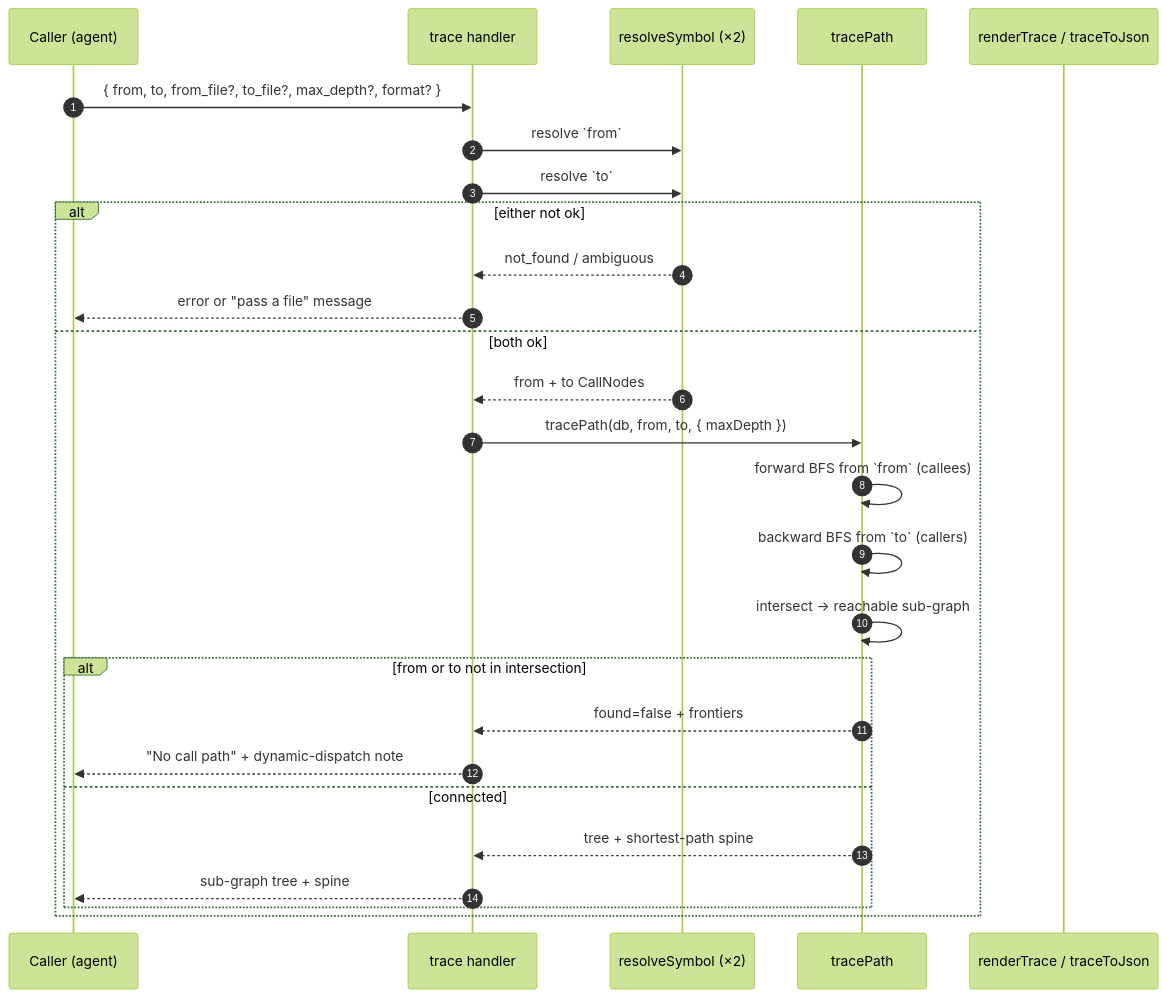
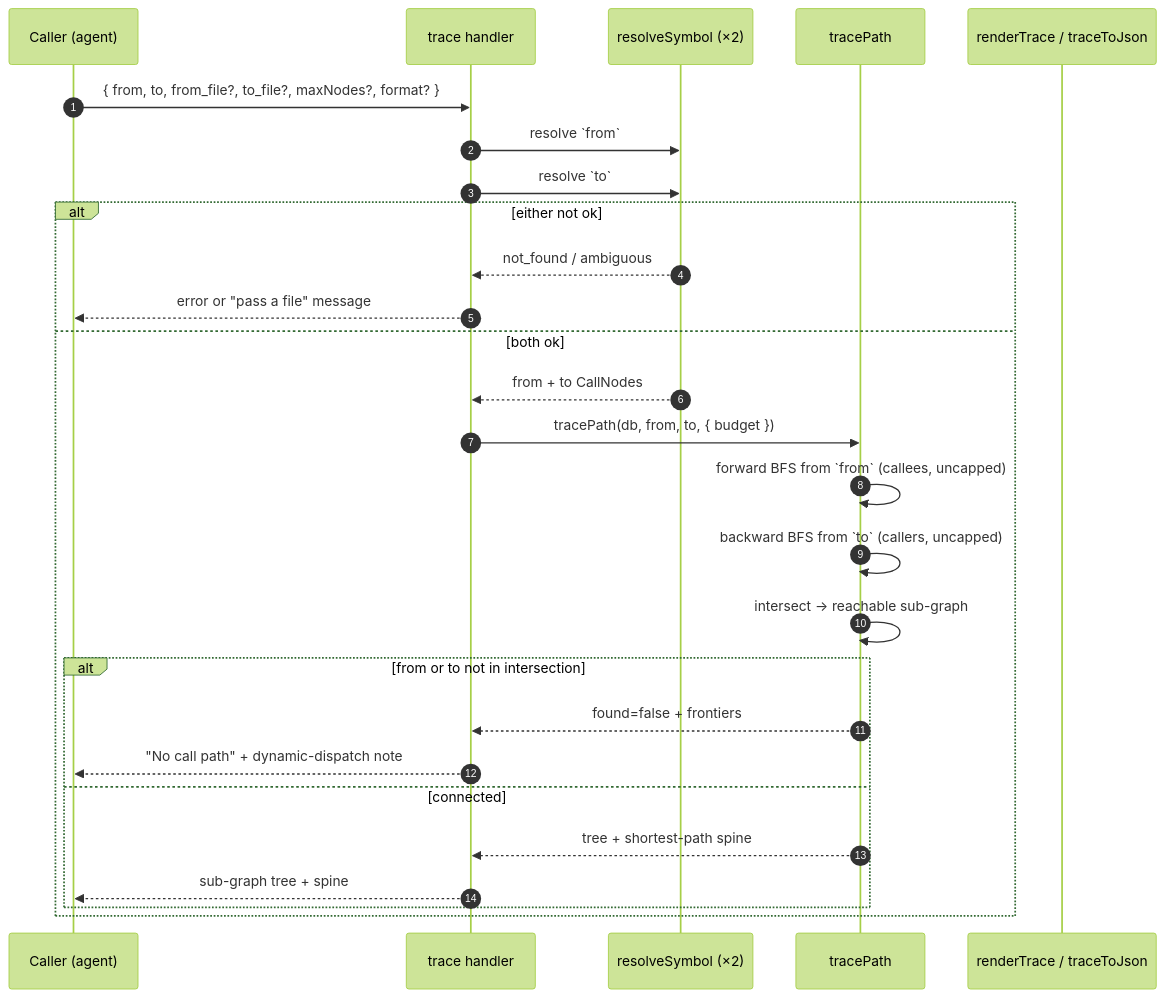
The diagram in wiki/tools/trace.md (TheWinci/mimirs), drawn with Mermaid (forest theme) before and after one commit. The commit also changed other lines of this file and 58 other files, not shown here.

````diff
--- a/wiki/tools/trace.md
+++ b/wiki/tools/trace.md
@@ -9,30 +9,30 @@
 ```mermaid
 sequenceDiagram
     autonumber
     participant Caller as Caller (agent)
     participant Tool as trace handler
     participant Resolve as resolveSymbol (×2)
     participant Path as tracePath
     participant Render as renderTrace / traceToJson
 
-    Caller->>Tool: { from, to, from_file?, to_file?, max_depth?, format? }
+    Caller->>Tool: { from, to, from_file?, to_file?, maxNodes?, format? }
     Tool->>Resolve: resolve `from`
     Tool->>Resolve: resolve `to`
     alt either not ok
         Resolve-->>Tool: not_found / ambiguous
         Tool-->>Caller: error or "pass a file" message
     else both ok
         Resolve-->>Tool: from + to CallNodes
-        Tool->>Path: tracePath(db, from, to, { maxDepth })
-        Path->>Path: forward BFS from `from` (callees)
-        Path->>Path: backward BFS from `to` (callers)
+        Tool->>Path: tracePath(db, from, to, { budget })
+        Path->>Path: forward BFS from `from` (callees, uncapped)
+        Path->>Path: backward BFS from `to` (callers, uncapped)
         Path->>Path: intersect → reachable sub-graph
         alt from or to not in intersection
             Path-->>Tool: found=false + frontiers
             Tool-->>Caller: "No call path" + dynamic-dispatch note
         else connected
             Path-->>Tool: tree + shortest-path spine
             Tool-->>Caller: sub-graph tree + spine
         end
     end
 ```
````
